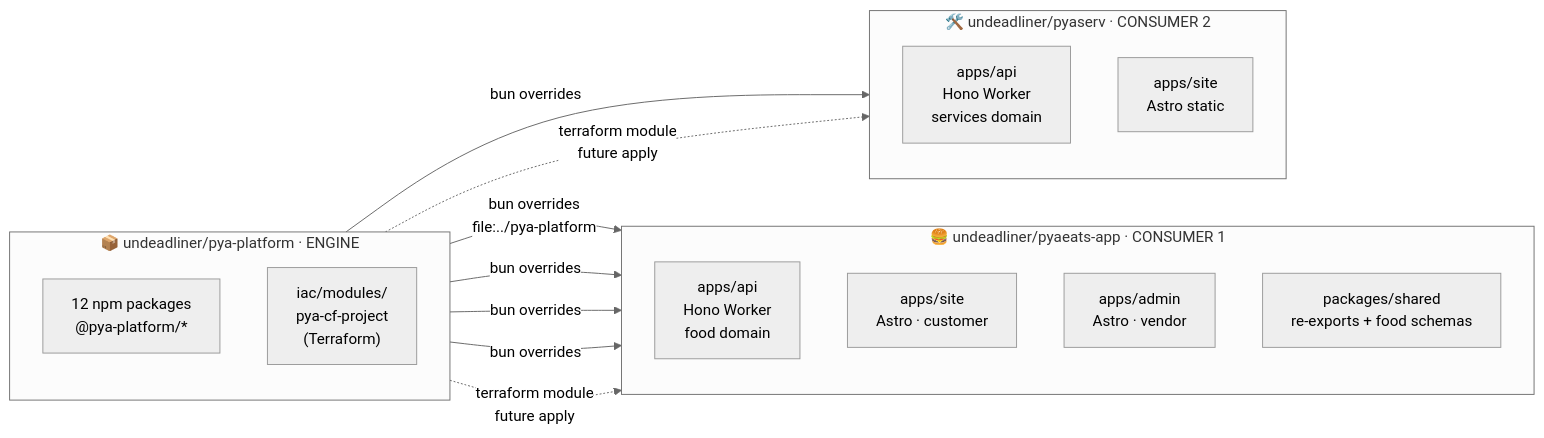
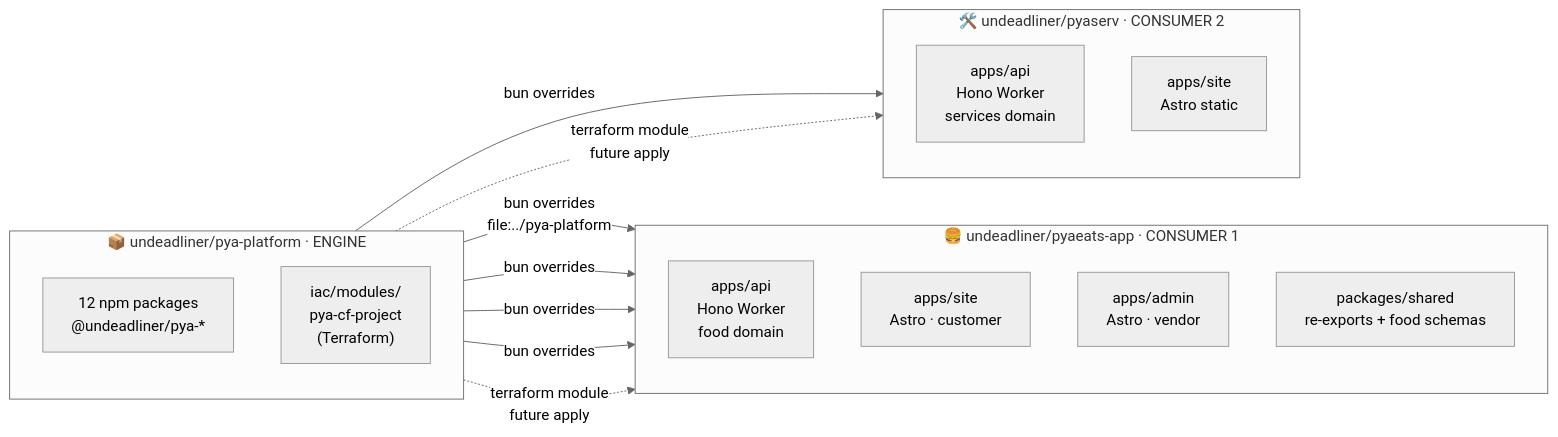
The first of 3 diagrams in docs/architecture.md (pya-company/pya-platform), drawn with Mermaid (neutral theme) before and after one commit. The commit also changed 43 other files, not shown here.

````diff
--- a/docs/architecture.md
+++ b/docs/architecture.md
@@ -7,30 +7,30 @@
 ```mermaid
 flowchart LR
   subgraph PL["📦 undeadliner/pya-platform · ENGINE"]
     direction TB
-    PLpkg["12 npm packages<br/>@pya-platform/*"]
+    PLpkg["12 npm packages<br/>@undeadliner/pya-*"]
     PLiac["iac/modules/<br/>pya-cf-project<br/>(Terraform)"]
   end
 
   subgraph PE["🍔 undeadliner/pyaeats-app · CONSUMER 1"]
     direction TB
     PEapi[apps/api<br/>Hono Worker<br/>food domain]
     PEsite[apps/site<br/>Astro · customer]
     PEadmin[apps/admin<br/>Astro · vendor]
     PEshared[packages/shared<br/>re-exports + food schemas]
   end
 
   subgraph PS["🛠️ undeadliner/pyaserv · CONSUMER 2"]
     direction TB
     PSapi[apps/api<br/>Hono Worker<br/>services domain]
     PSsite[apps/site<br/>Astro static]
   end
 
   PLpkg -->|bun overrides<br/>file:../pya-platform| PEshared
   PLpkg -->|bun overrides| PEapi
   PLpkg -->|bun overrides| PEsite
   PLpkg -->|bun overrides| PEadmin
   PLpkg -->|bun overrides| PSapi
   PLiac -.->|terraform module<br/>future apply| PEapi
   PLiac -.->|terraform module<br/>future apply| PSapi
 ```
````
